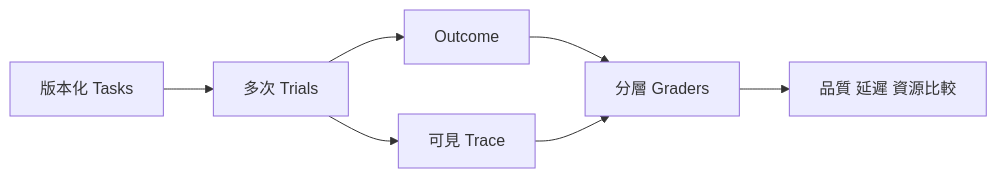
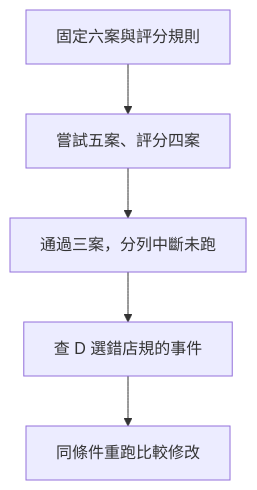
The diagram in chapters/production/13-evals-observability-and-budgets/lesson.md (easyvibecoding/Agent-Engineering), drawn with Mermaid before and after one commit. The commit also changed other lines of this file and 139 other files, not shown here.

````diff
--- a/chapters/production/13-evals-observability-and-budgets/lesson.md
+++ b/chapters/production/13-evals-observability-and-budgets/lesson.md
@@ -37,9 +57,12 @@
 ```mermaid
-flowchart LR
-  T["版本化 Tasks"] --> R["多次 Trials"]
-  R --> O["Outcome"]
-  R --> X["可見 Trace"]
-  O --> G["分層 Graders"]
-  X --> G
-  G --> C["品質 延遲 資源比較"]
+flowchart TD
+    A["固定六案與評分規則"]
+    B["嘗試五案、評分四案"]
+    C["通過三案，分列中斷未跑"]
+    D["查 D 選錯店規的事件"]
+    E["同條件重跑比較修改"]
+    A --> B
+    B --> C
+    C --> D
+    D --> E
 ```
````
